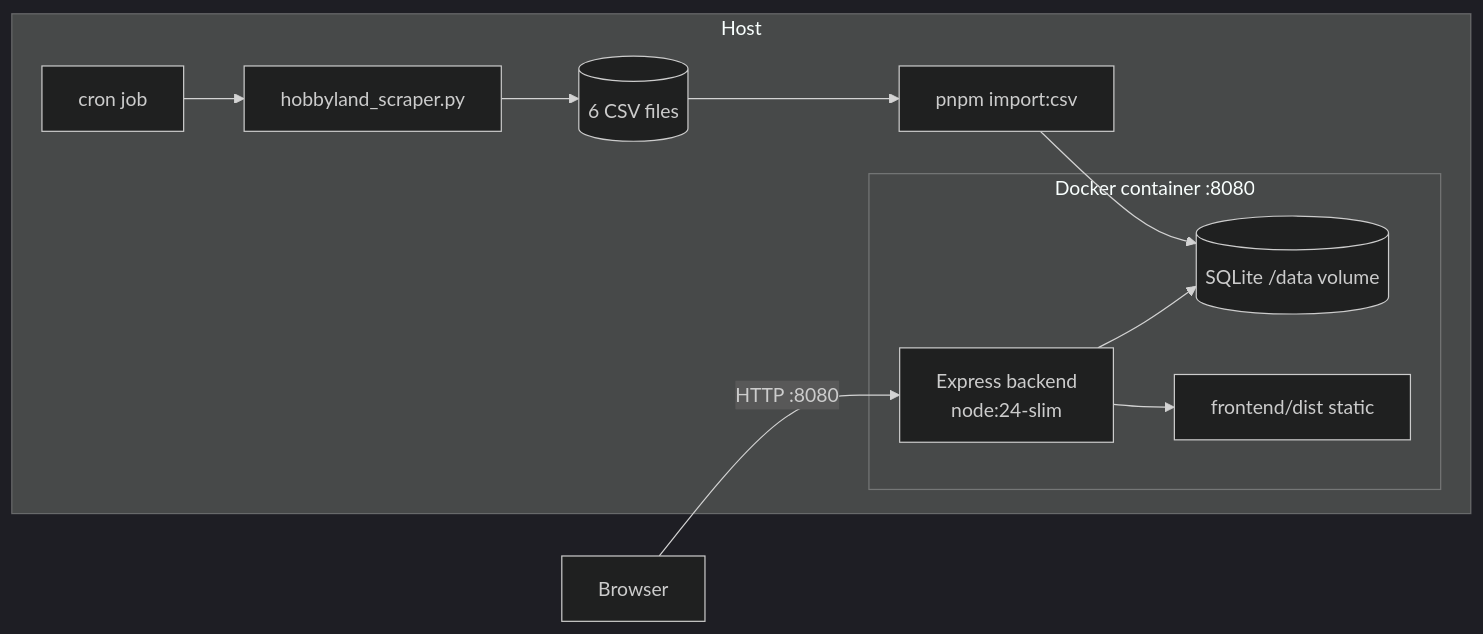
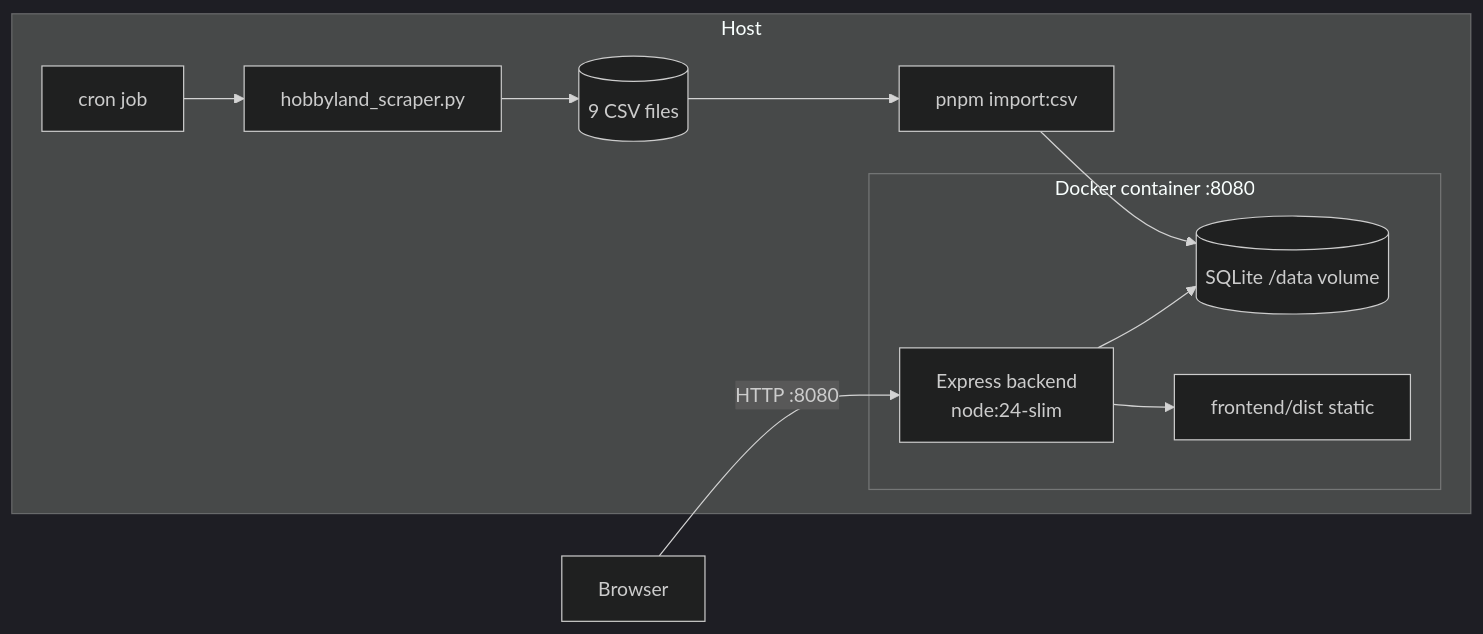
Before and after one commit to jakwong1981/hobbyland: the fifth of 5 diagrams in docs/ARCHITECTURE.md, drawn with Mermaid (dark theme). The commit also changed 13 other files, not shown here.

````diff
--- a/docs/ARCHITECTURE.md
+++ b/docs/ARCHITECTURE.md
@@ -129,14 +129,14 @@
 ```mermaid
 flowchart LR
     subgraph Host
         CRON[cron job] --> SCR[hobbyland_scraper.py]
-        SCR --> CSV[(6 CSV files)]
+        SCR --> CSV[(9 CSV files)]
         CSV --> CLI[pnpm import:csv]
         subgraph Docker container :8080
             BE[Express backend<br/>node:24-slim] --> DB[(SQLite /data volume)]
             BE --> FE[frontend/dist static]
         end
         CLI --> DB
     end
     Browser -->|HTTP :8080| BE
 ```
````
